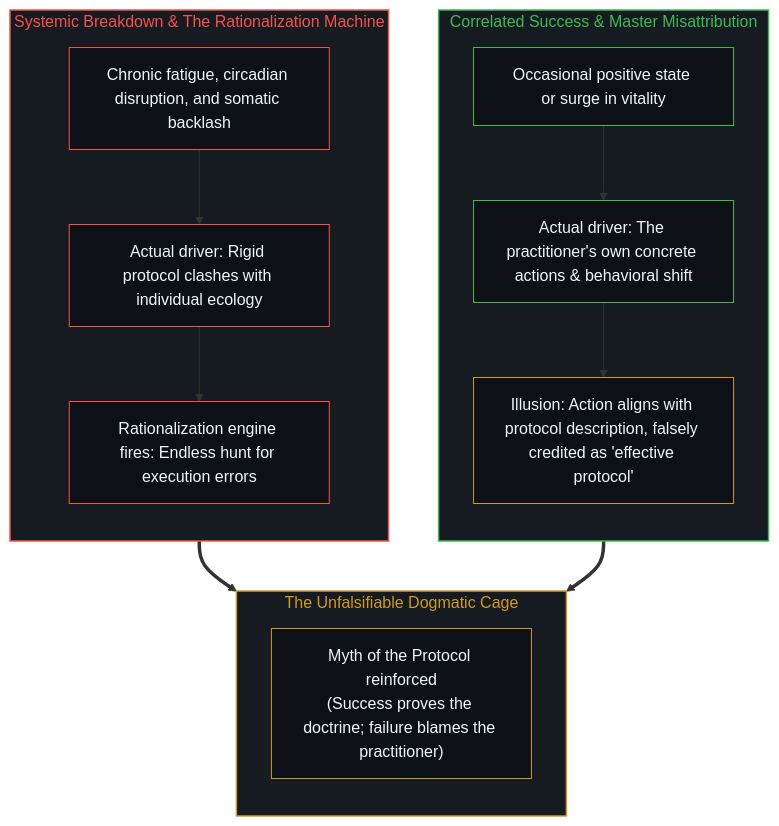
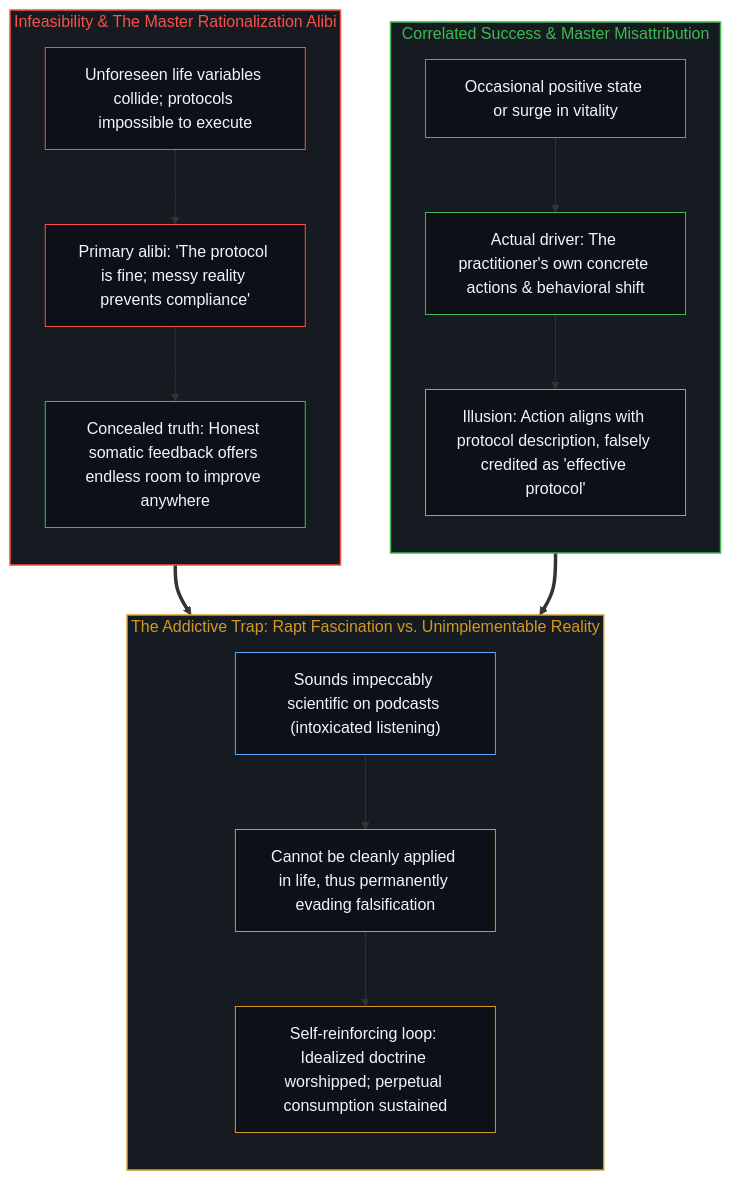
The eighth of 8 diagrams in content/posts/the-inversion-of-the-protocol-and-the-silencing-of-the-causal-loop.md (powerpig99/not-a-toe), drawn with Mermaid before and after one commit. The commit also changed other lines of this file and 4 other files, not shown here.

Commit message:
Refine Section IV: add master rationalization alibi and addiction loop

````diff
--- a/content/posts/the-inversion-of-the-protocol-and-the-silencing-of-the-causal-loop.md
+++ b/content/posts/the-inversion-of-the-protocol-and-the-silencing-of-the-causal-loop.md
@@ -321,37 +334,42 @@
 ```mermaid
 graph TD
     subgraph S_Success["Correlated Success & Master Misattribution"]
         direction TB
         A1["Occasional positive state or surge in vitality"]
         A2["Actual driver: The practitioner's own concrete actions & behavioral shift"]
         A3["Illusion: Action aligns with protocol description, falsely credited as 'effective protocol'"]
         A1 --> A2 --> A3
     end
 
-    subgraph S_Failure["Systemic Breakdown & The Rationalization Machine"]
+    subgraph S_Failure["Infeasibility & The Master Rationalization Alibi"]
         direction TB
-        B1["Chronic fatigue, circadian disruption, and somatic backlash"]
-        B2["Actual driver: Rigid protocol clashes with individual ecology"]
-        B3["Rationalization engine fires: Endless hunt for execution errors"]
+        B1["Unforeseen life variables collide; protocols impossible to execute"]
+        B2["Primary alibi: 'The protocol is fine; messy reality prevents compliance'"]
+        B3["Concealed truth: Honest somatic feedback offers endless room to improve anywhere"]
         B1 --> B2 --> B3
     end
 
-    subgraph S_Reinforcement["The Unfalsifiable Dogmatic Cage"]
+    subgraph S_Loop["The Addictive Trap: Rapt Fascination vs. Unimplementable Reality"]
         direction TB
-        C1["Myth of the Protocol reinforced<br/>(Success proves the doctrine; failure blames the practitioner)"]
+        C1["Sounds impeccably scientific on podcasts (intoxicated listening)"]
+        C2["Cannot be cleanly applied in life, thus permanently evading falsification"]
+        C3["Self-reinforcing loop: Idealized doctrine worshipped; perpetual consumption sustained"]
+        C1 --> C2 --> C3
     end
 
-    A3 ==> C1
-    B3 ==> C1
+    A3 ==> C3
+    B2 ==> C3
 
     style S_Success fill:#161b22,stroke:#3fb950,stroke-width:1.5px,color:#3fb950
     style S_Failure fill:#161b22,stroke:#f85149,stroke-width:1.5px,color:#f85149
-    style S_Reinforcement fill:#161b22,stroke:#d29922,stroke-width:1.5px,color:#d29922
+    style S_Loop fill:#161b22,stroke:#d29922,stroke-width:1.5px,color:#d29922
     style A1 fill:#0d1117,stroke:#3fb950,stroke-width:1px,color:#f0f6fc
     style A2 fill:#0d1117,stroke:#3fb950,stroke-width:1px,color:#f0f6fc
     style A3 fill:#0d1117,stroke:#d29922,stroke-width:1px,color:#f0f6fc
     style B1 fill:#0d1117,stroke:#f85149,stroke-width:1px,color:#f0f6fc
     style B2 fill:#0d1117,stroke:#f85149,stroke-width:1px,color:#f0f6fc
-    style B3 fill:#0d1117,stroke:#f85149,stroke-width:1px,color:#f0f6fc
-    style C1 fill:#0d1117,stroke:#d29922,stroke-width:1px,color:#f0f6fc
+    style B3 fill:#0d1117,stroke:#3fb950,stroke-width:1px,color:#f0f6fc
+    style C1 fill:#0d1117,stroke:#58a6ff,stroke-width:1px,color:#f0f6fc
+    style C2 fill:#0d1117,stroke:#d29922,stroke-width:1px,color:#f0f6fc
+    style C3 fill:#0d1117,stroke:#d29922,stroke-width:1px,color:#f0f6fc
 ```
````
